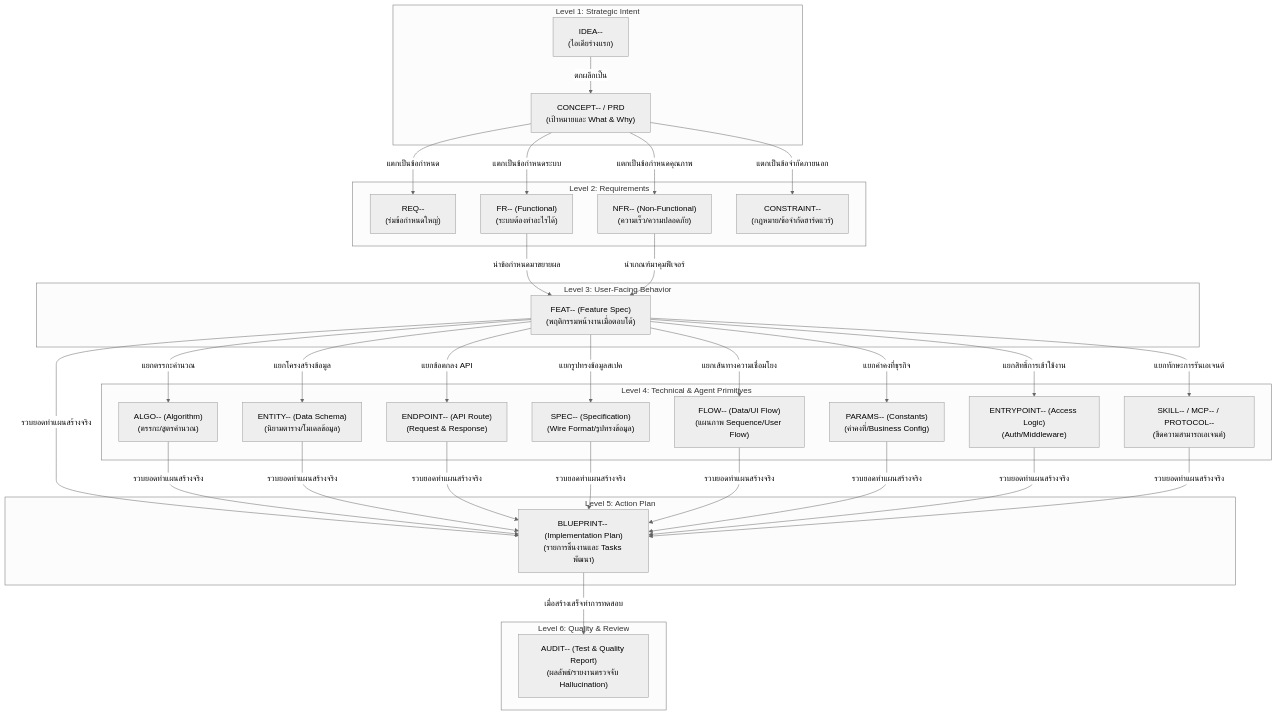
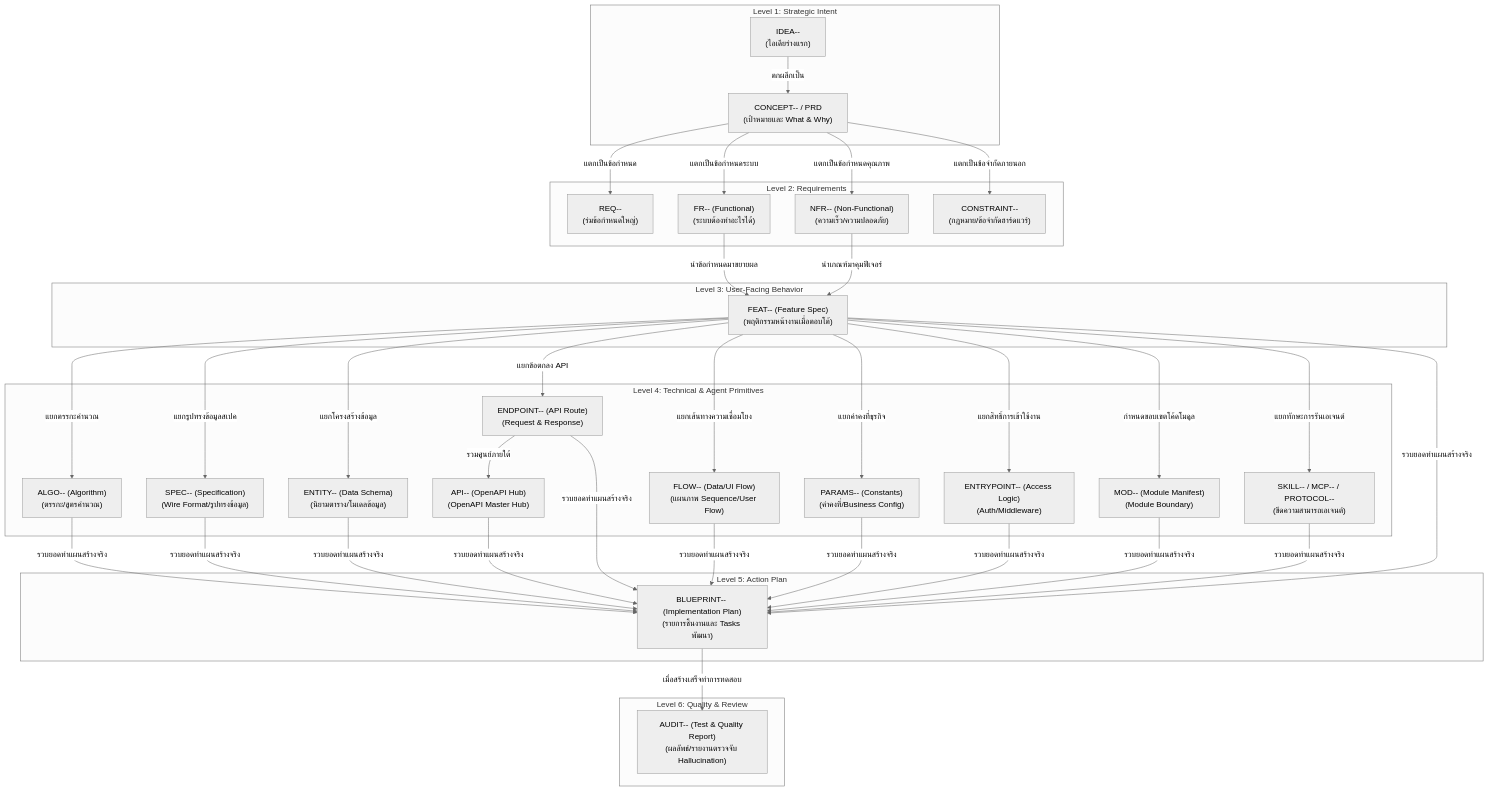
Before and after one commit to Freshair129/GenesisBlock: the diagram in docs/gks/AUTHORING-MANUAL.md, drawn with Mermaid (neutral theme). The commit also changed other lines of this file, not shown here.

Commit message:
docs(gks): add API and MOD to Technical Primitives level in authoring manual

````diff
--- a/docs/gks/AUTHORING-MANUAL.md
+++ b/docs/gks/AUTHORING-MANUAL.md
@@ -13,38 +13,40 @@
 ```mermaid
 graph TD
     %% Levels
     subgraph Level 1: Strategic Intent
         IDEA["IDEA--<br>(ไอเดียร่างแรก)"] -->|ตกผลึกเป็น| CONCEPT["CONCEPT-- / PRD<br>(เป้าหมายและ What & Why)"]
     end
 
     subgraph Level 2: Requirements
         CONCEPT -->|แตกเป็นข้อกำหนด| REQ["REQ--<br>(ร่มข้อกำหนดใหญ่)"]
         CONCEPT -->|แตกเป็นข้อกำหนดระบบ| FR["FR-- (Functional)<br>(ระบบต้องทำอะไรได้)"]
         CONCEPT -->|แตกเป็นข้อกำหนดคุณภาพ| NFR["NFR-- (Non-Functional)<br>(ความเร็ว/ความปลอดภัย)"]
         CONCEPT -->|แตกเป็นข้อจำกัดภายนอก| CONSTRAINT["CONSTRAINT--<br>(กฎหมาย/ข้อจำกัดฮาร์ดแวร์)"]
     end
 
     subgraph Level 3: User-Facing Behavior
         FR -->|นำข้อกำหนดมาขยายผล| FEAT["FEAT-- (Feature Spec)<br>(พฤติกรรมหน้างานเมื่อตอบโต้)"]
         NFR -->|นำเกณฑ์มาคุมฟีเจอร์| FEAT
     end
 
     subgraph Level 4: Technical & Agent Primitives
         FEAT -->|แยกตรรกะคำนวณ| ALGO["ALGO-- (Algorithm)<br>(ตรรกะ/สูตรคำนวณ)"]
         FEAT -->|แยกรูปทรงข้อมูลสเปค| SPEC["SPEC-- (Specification)<br>(Wire Format/รูปทรงข้อมูล)"]
         FEAT -->|แยกโครงสร้างข้อมูล| ENTITY["ENTITY-- (Data Schema)<br>(นิยามตาราง/โมเดลข้อมูล)"]
         FEAT -->|แยกข้อตกลง API| ENDPOINT["ENDPOINT-- (API Route)<br>(Request & Response)"]
+        ENDPOINT -->|รวมศูนย์ภายใต้| API["API-- (OpenAPI Hub)<br>(OpenAPI Master Hub)"]
         FEAT -->|แยกเส้นทางความเชื่อมโยง| FLOW["FLOW-- (Data/UI Flow)<br>(แผนภาพ Sequence/User Flow)"]
         FEAT -->|แยกค่าคงที่ธุรกิจ| PARAMS["PARAMS-- (Constants)<br>(ค่าคงที่/Business Config)"]
         FEAT -->|แยกสิทธิ์การเข้าใช้งาน| ENTRYPOINT["ENTRYPOINT-- (Access Logic)<br>(Auth/Middleware)"]
+        FEAT -->|กำหนดขอบเขตโค้ดโมดูล| MOD["MOD-- (Module Manifest)<br>(Module Boundary)"]
         FEAT -->|แยกทักษะการรันเอเจนต์| SKILL["SKILL-- / MCP-- / PROTOCOL--<br>(ขีดความสามารถเอเจนต์)"]
     end
 
     subgraph Level 5: Action Plan
-        FEAT & ALGO & ENTITY & ENDPOINT & SPEC & FLOW & PARAMS & ENTRYPOINT & SKILL -->|รวบยอดทำแผนสร้างจริง| BLUEPRINT["BLUEPRINT-- (Implementation Plan)<br>(รายการชิ้นงานและ Tasks พัฒนา)"]
+        FEAT & ALGO & ENTITY & ENDPOINT & SPEC & FLOW & PARAMS & ENTRYPOINT & SKILL & API & MOD -->|รวบยอดทำแผนสร้างจริง| BLUEPRINT["BLUEPRINT-- (Implementation Plan)<br>(รายการชิ้นงานและ Tasks พัฒนา)"]
     end
 
     subgraph Level 6: Quality & Review
         BLUEPRINT -->|เมื่อสร้างเสร็จทำการทดสอบ| AUDIT["AUDIT-- (Test & Quality Report)<br>(ผลลัพธ์/รายงานตรวจจับ Hallucination)"]
     end
 ```
````
